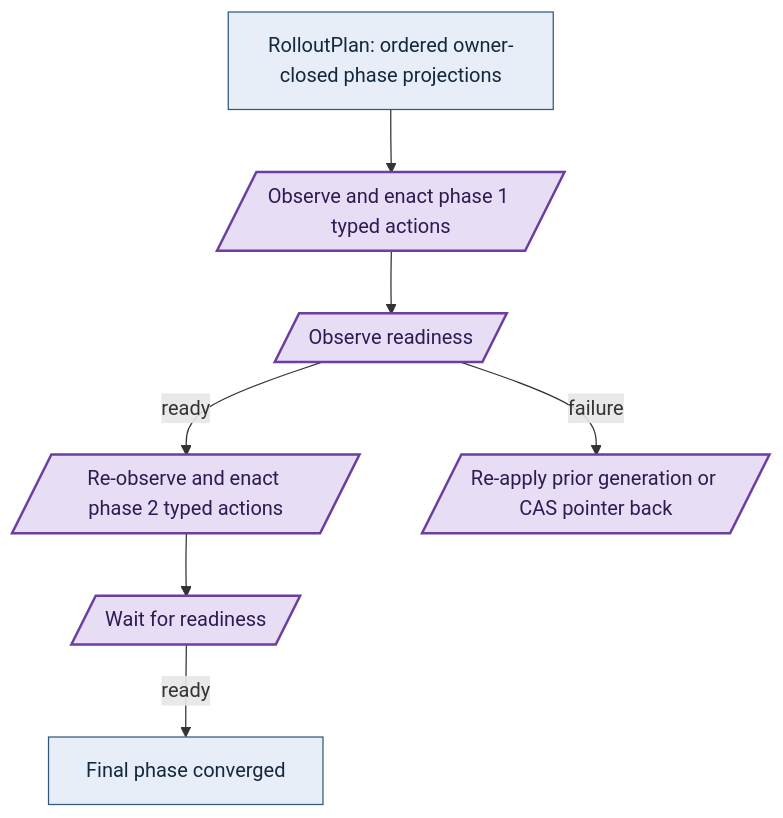
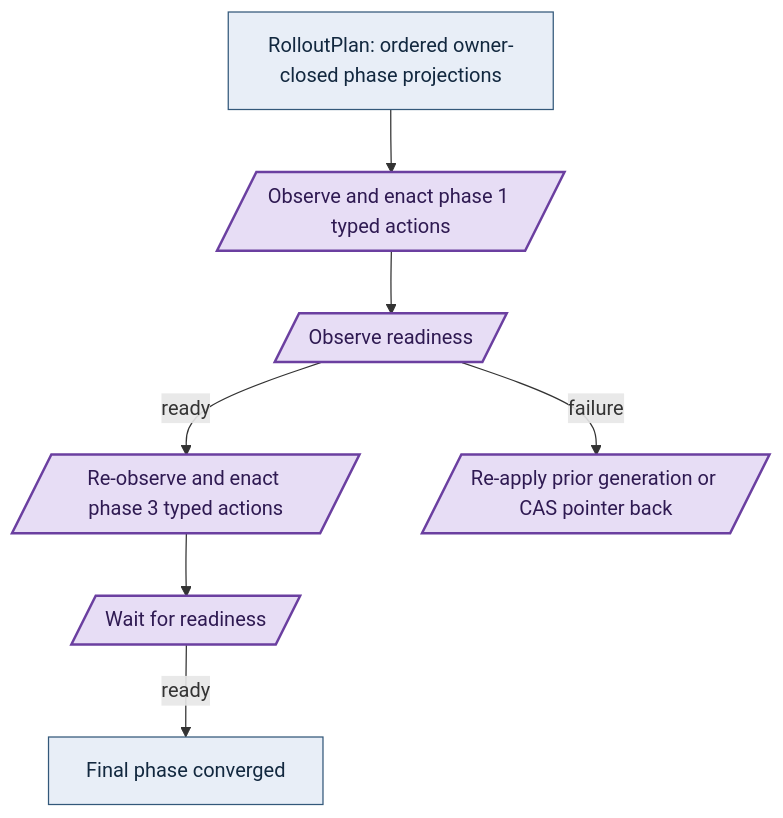
One commit to Tuee22/amoebius changed the third of 5 diagrams in documents/engineering/manifest_generation_doctrine.md. Above: the diagram before and after it, drawn with Mermaid. The commit also changed other lines of this file and 323 other files, not shown here.

````diff
--- a/documents/engineering/manifest_generation_doctrine.md
+++ b/documents/engineering/manifest_generation_doctrine.md
@@ -599,12 +599,12 @@
 ```mermaid
 flowchart TD
 %% register: algebra
   plan[RolloutPlan: ordered owner-closed phase projections]:::intent --> p1[/"Observe and enact phase 1 typed actions"/]:::effect
   p1 --> g1[/"Observe readiness"/]:::effect
-  g1 -->|ready| p2[/"Re-observe and enact phase 2 typed actions"/]:::effect
+  g1 -->|ready| p2[/"Re-observe and enact phase 3 typed actions"/]:::effect
   p2 --> g2[/"Wait for readiness"/]:::effect
   g2 -->|ready| pn[Final phase converged]:::intent
   g1 -->|failure| rb[/"Re-apply prior generation or CAS pointer back"/]:::effect
   classDef intent   fill:#e8eef7,stroke:#33587a,color:#12283f,stroke-width:1px
   classDef effect   fill:#e7ddf5,stroke:#6b3fa0,color:#2f1a52,stroke-width:2px
 ```
````
